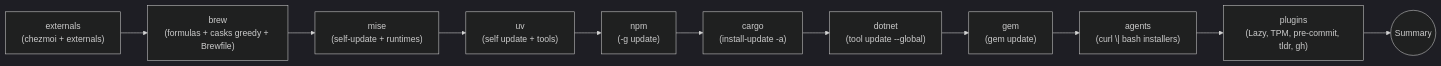
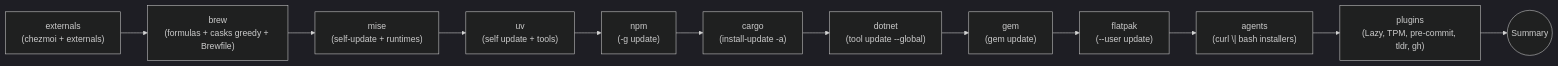
The diagram in docs/this_repo/upgrades.md (daviddwlee84/dotfiles), drawn with Mermaid (dark theme) before and after one commit. The commit also changed other lines of this file and 4 other files, not shown here.

First line of the commit message:
upgrade_tools: add flatpak category for Flathub user-scope updates

````diff
--- a/docs/this_repo/upgrades.md
+++ b/docs/this_repo/upgrades.md
@@ -58,13 +59,14 @@
 ```mermaid
 flowchart LR
     externals["externals<br/>(chezmoi + externals)"] --> brew
     brew["brew<br/>(formulas + casks greedy + Brewfile)"] --> mise
     mise["mise<br/>(self-update + runtimes)"] --> uv
     uv["uv<br/>(self update + tools)"] --> npm
     npm["npm<br/>(-g update)"] --> cargo
     cargo["cargo<br/>(install-update -a)"] --> dotnet
     dotnet["dotnet<br/>(tool update --global)"] --> gem
-    gem["gem<br/>(gem update)"] --> agents
+    gem["gem<br/>(gem update)"] --> flatpak
+    flatpak["flatpak<br/>(--user update)"] --> agents
     agents["agents<br/>(curl \| bash installers)"] --> plugins
     plugins["plugins<br/>(Lazy, TPM, pre-commit, tldr, gh)"] --> summary((Summary))
 ```
````
